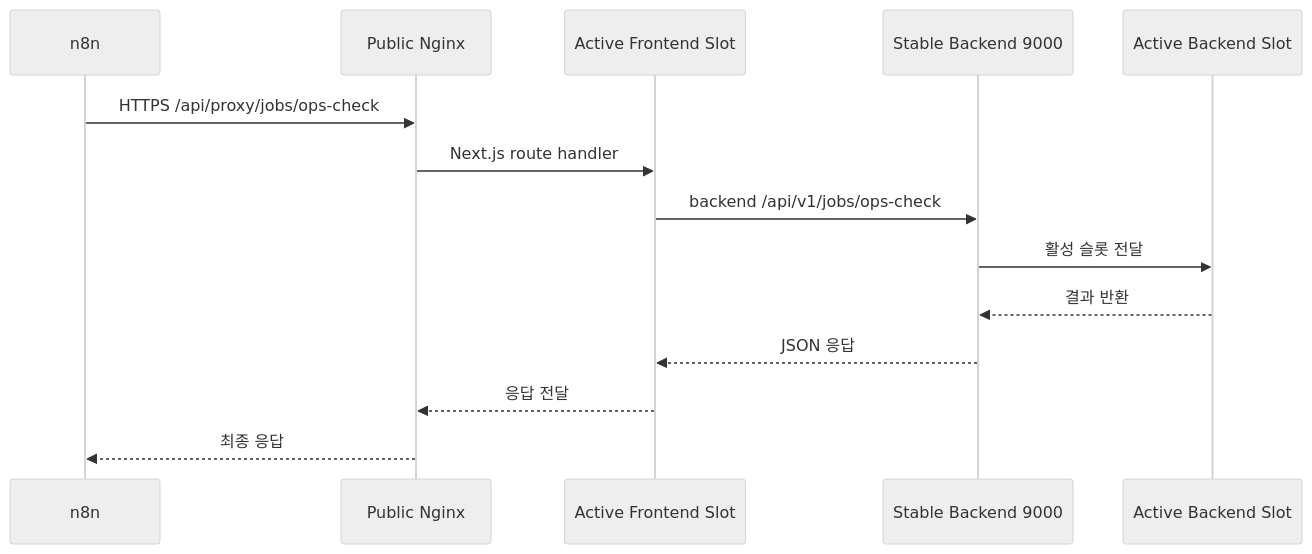
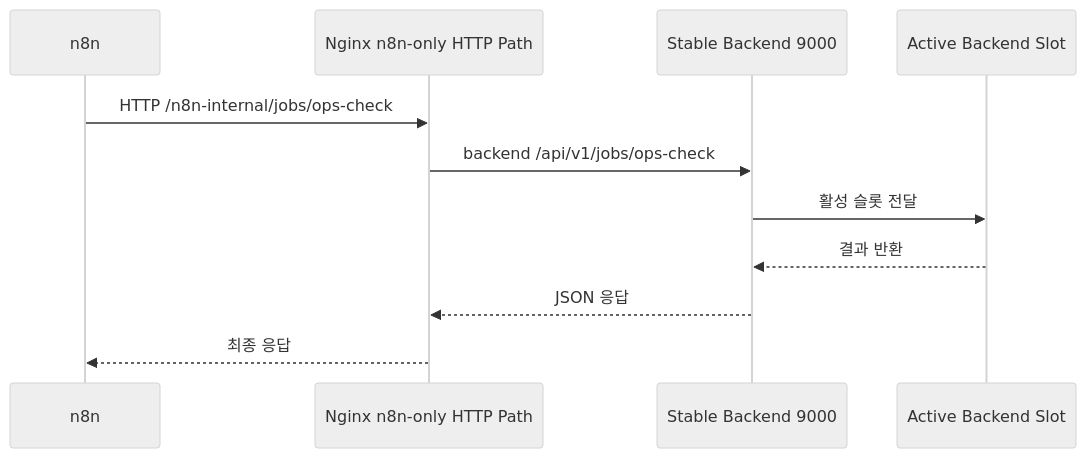
The third of 4 diagrams in docs/system-overview.md (shinymjg77-ux/my-api), drawn with Mermaid (neutral theme) before and after one commit. The commit also changed other lines of this file and 6 other files, not shown here.

Commit message:
Add ops-alert workflow template and internal n8n check path

````diff
--- a/docs/system-overview.md
+++ b/docs/system-overview.md
@@ -68,17 +69,14 @@
 ```mermaid
 sequenceDiagram
     participant N8N as n8n
-    participant NG as Public Nginx
-    participant FF as Active Frontend Slot
+    participant NG as Nginx n8n-only HTTP Path
     participant SB as Stable Backend 9000
     participant BB as Active Backend Slot
 
-    N8N->>NG: HTTPS /api/proxy/jobs/ops-check
-    NG->>FF: Next.js route handler
-    FF->>SB: backend /api/v1/jobs/ops-check
+    N8N->>NG: HTTP /n8n-internal/jobs/ops-check
+    NG->>SB: backend /api/v1/jobs/ops-check
     SB->>BB: 활성 슬롯 전달
     BB-->>SB: 결과 반환
-    SB-->>FF: JSON 응답
-    FF-->>NG: 응답 전달
+    SB-->>NG: JSON 응답
     NG-->>N8N: 최종 응답
 ```
````
